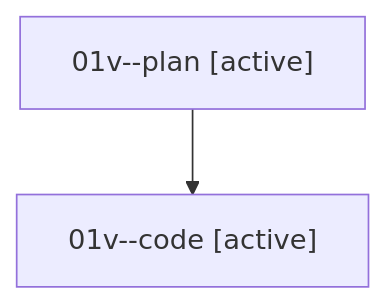
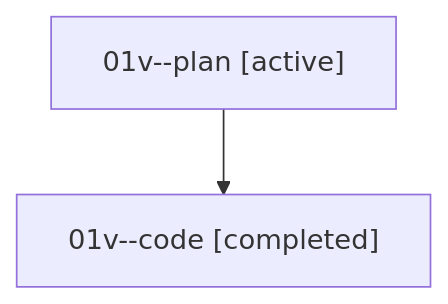
Before and after one commit to sase-org/sase--agents: the diagram in families/bbugyi200.athena.01v.md, drawn with Mermaid. The commit also changed other lines of this file and 35830 other files, not shown here.

````diff
--- a/families/bbugyi200.athena.01v.md
+++ b/families/bbugyi200.athena.01v.md
@@ -9,6 +9,6 @@
 ```mermaid
 flowchart TD
   n0["01v--plan [active]"]
-  n1["01v--code [active]"]
+  n1["01v--code [completed]"]
   n0 --> n1
 ```
````
